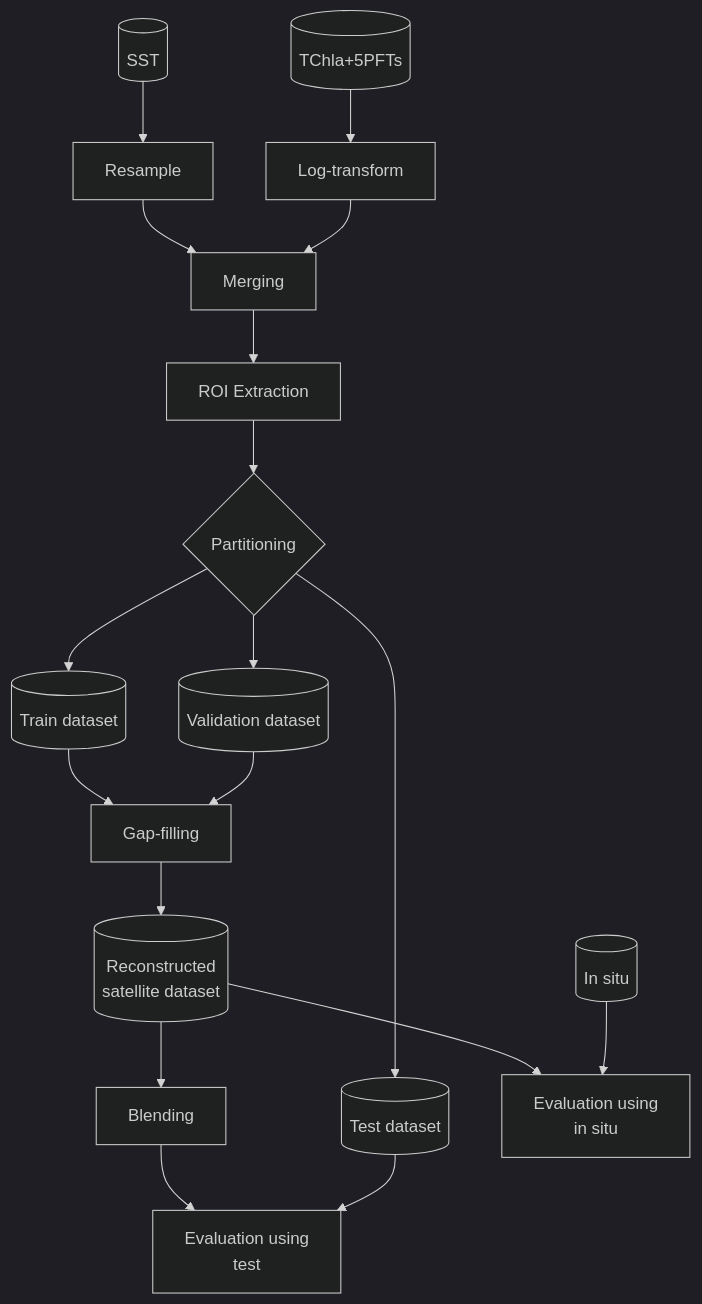
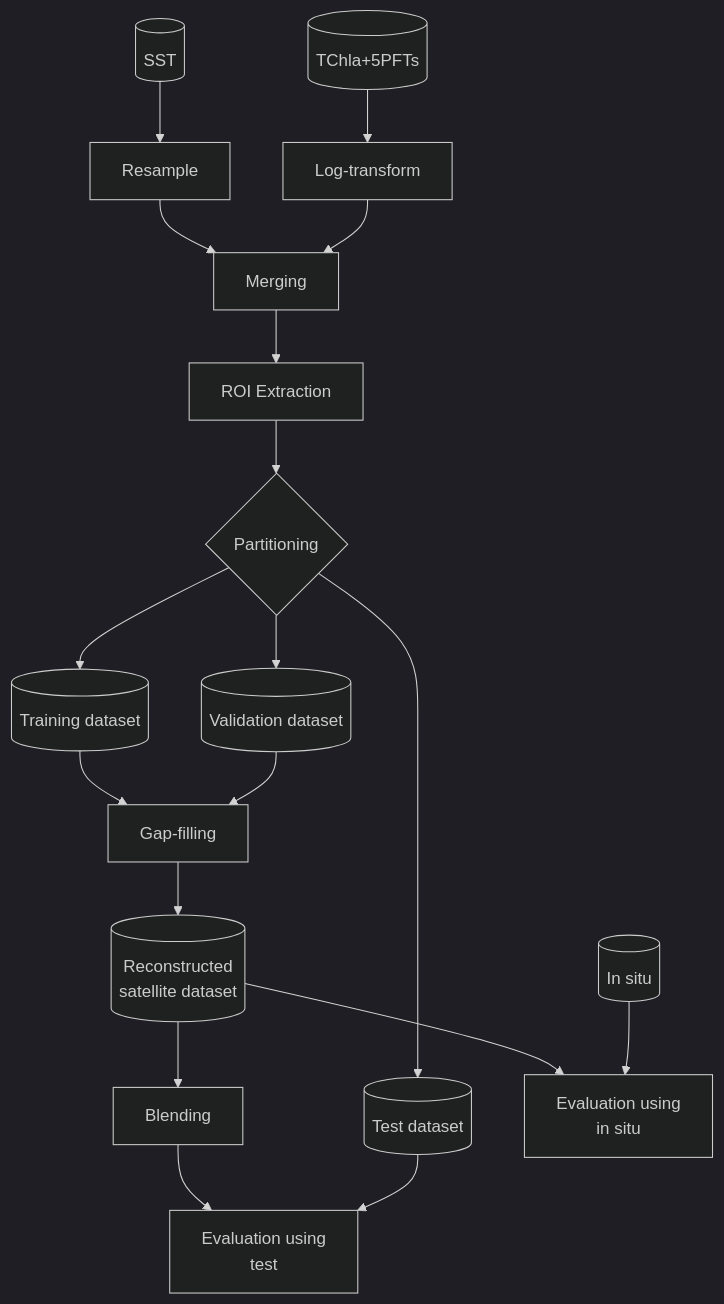
One commit to EhsanMehdipour/PFT_gapfilling changed the diagram in README.md. Above: the diagram before and after it, drawn with Mermaid (dark theme).

````diff
--- a/README.md
+++ b/README.md
@@ -42,33 +42,33 @@
 ```mermaid
 flowchart TD
     A1@{ shape: cyl, label: "SST" }
     %% A1[SST]
     A2@{ shape: cyl, label: "TChla+5PFTs" }
     %% A2[TChla+5PFT]
     A3@{ shape: cyl, label: "In situ" }
     %% A3[In situ]
 
     A1-->D[Resample]
     A2-->E[Log-transform]
     D-->F[Merging]
     E-->F
     F-->G[ROI Extraction]
     G-->H{Partitioning}
 
-    H-->I1@{ shape: cyl, label: "Train dataset"}
+    H-->I1@{ shape: cyl, label: "Training dataset"}
     H-->I2@{ shape: cyl, label: "Validation dataset"}
     H-->I3@{ shape: cyl, label: "Test dataset"}
 
     I1-->J[Gap-filling]
     I2-->J
 
     J-->K@{ shape: cyl, label: "Reconstructed 
     satellite dataset"}
     K-->L[Blending]
     L-->N[Evaluation using 
     test]
     K-->M
     A3-->M[Evaluation using 
     in situ]
     I3-->N
 ```
````
